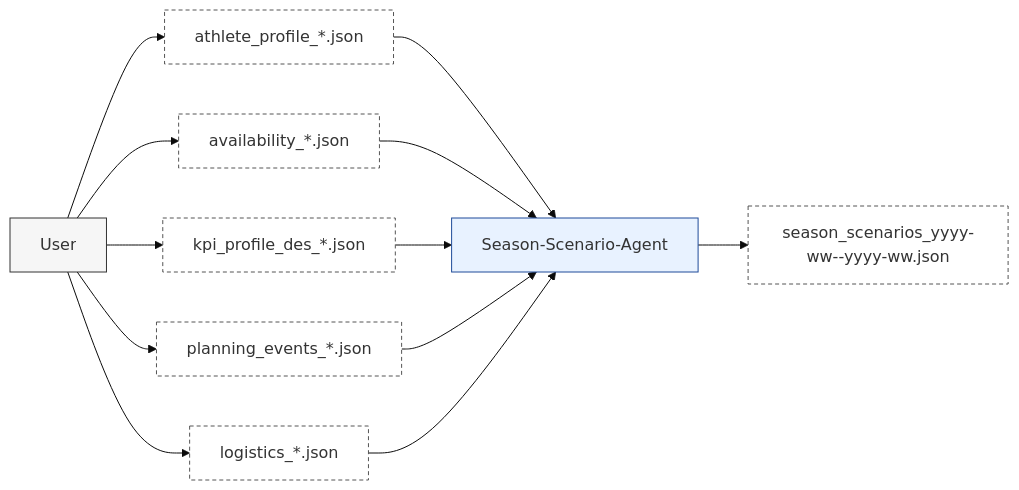
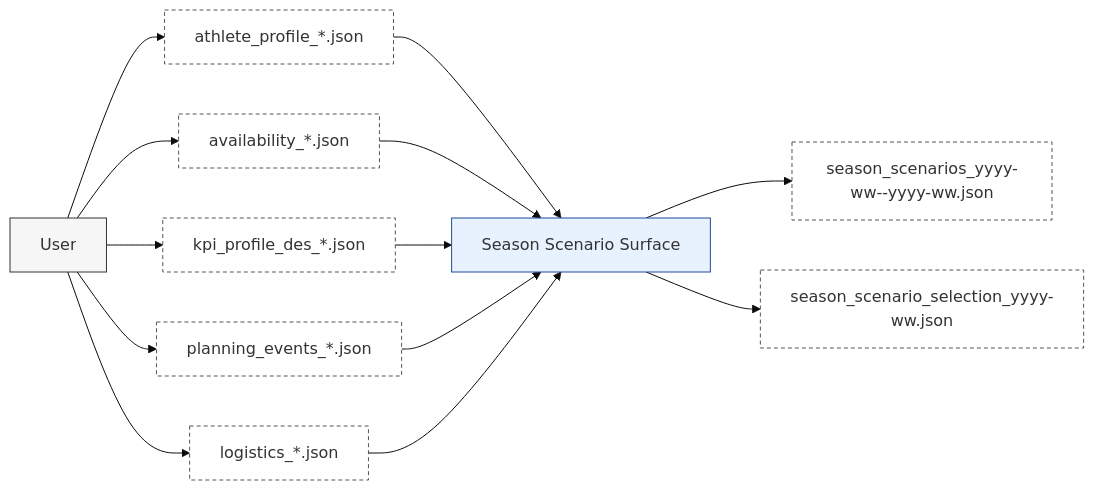
Before and after one commit to albauer-priv/RPS: the second of 10 diagrams in doc/overview/artefact_flow.md, drawn with Mermaid (base theme). The commit also changed other lines of this file and 5 other files, not shown here.

Commit message:
docs: update crewai skills and planning architecture

````diff
--- a/doc/overview/artefact_flow.md
+++ b/doc/overview/artefact_flow.md
@@ -146,13 +141,14 @@
 ```mermaid
 flowchart LR
-  U[User]:::actor --> AP["athlete_profile_*.json"]:::artefact --> SS["Season-Scenario-Agent"]:::agent
+  U[User]:::actor --> AP["athlete_profile_*.json"]:::artefact --> SS["Season Scenario Surface"]:::agent
   U --> AV["availability_*.json"]:::artefact --> SS
   U --> KP["kpi_profile_des_*.json"]:::artefact --> SS
   U --> PE["planning_events_*.json"]:::artefact --> SS
   U --> LG["logistics_*.json"]:::artefact --> SS
   SS --> SC["season_scenarios_yyyy-ww--yyyy-ww.json"]:::artefact
+  SS --> SEL["season_scenario_selection_yyyy-ww.json"]:::artefact
   classDef actor fill:#f6f6f6,stroke:#333,stroke-width:1px;
   classDef agent fill:#e8f2ff,stroke:#1f4b99,stroke-width:1px;
   classDef artefact fill:#ffffff,stroke:#555,stroke-dasharray: 4 3,stroke-width:1px;
   classDef script fill:#f3f0ff,stroke:#5b4db8,stroke-width:1px,stroke-dasharray: 2 2;
 ```
````
